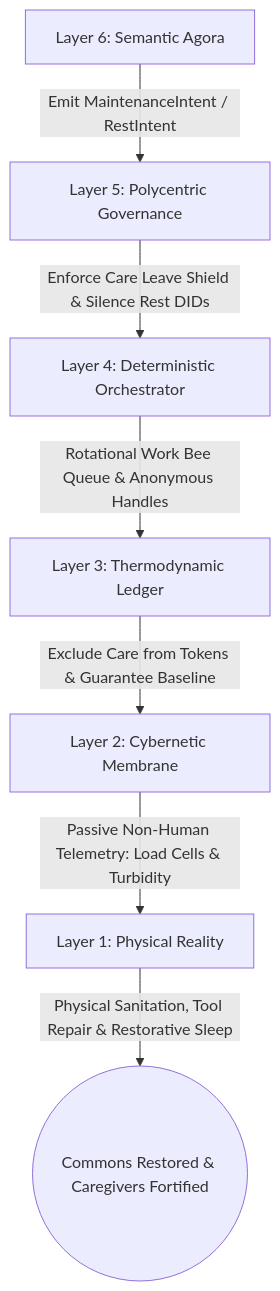
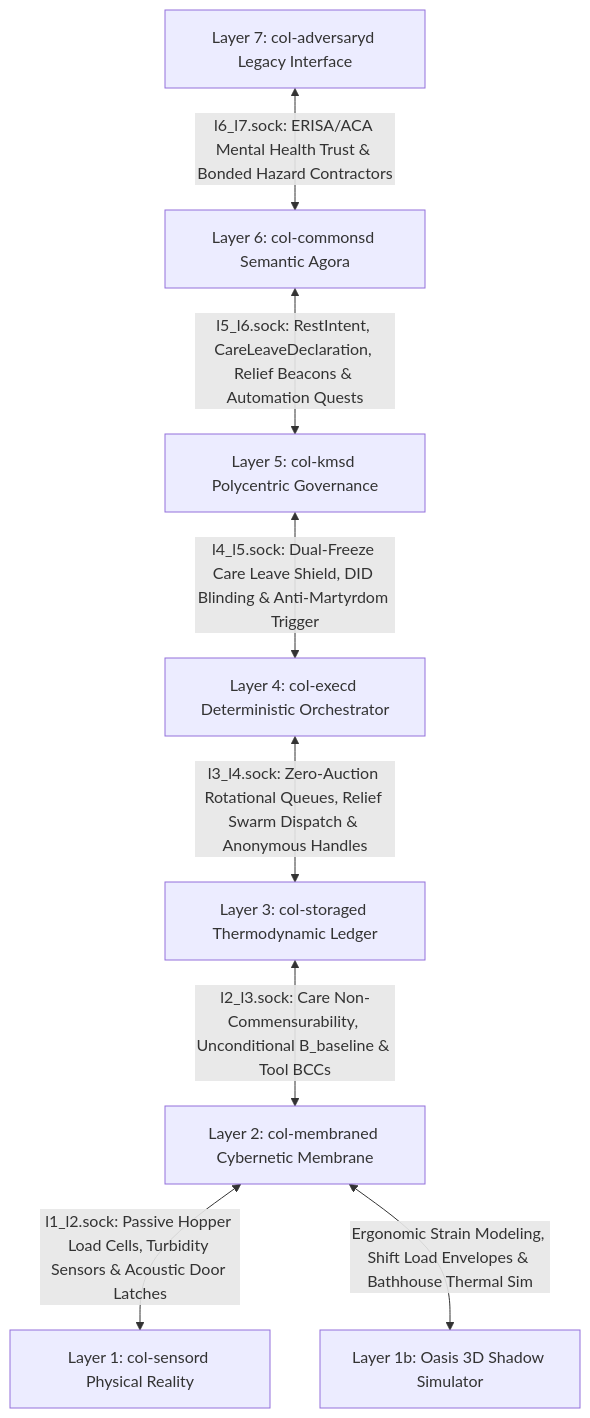
One commit to raffaine/collective changed the second of 3 diagrams in docs/scenarios/sigma_burnout.md. Above: the diagram before and after it, drawn with Mermaid. The commit also changed other lines of this file and 33 other files, not shown here.

Commit message:
feat(v3.1): Scenario Zero self-hosting daemons, dual-fidelity blueprints, and clean-slate scenario infrastructure

````diff
--- a/docs/scenarios/sigma_burnout.md
+++ b/docs/scenarios/sigma_burnout.md
@@ -45,9 +90,10 @@
 ```mermaid
 graph TD
-    L6[Layer 6: Semantic Agora] -->|Emit MaintenanceIntent / RestIntent| L5[Layer 5: Polycentric Governance]
-    L5 -->|Enforce Care Leave Shield & Silence Rest DIDs| L4[Layer 4: Deterministic Orchestrator]
-    L4 -->|Rotational Work Bee Queue & Anonymous Handles| L3[Layer 3: Thermodynamic Ledger]
-    L3 -->|Exclude Care from Tokens & Guarantee Baseline| L2[Layer 2: Cybernetic Membrane]
-    L2 -->|Passive Non-Human Telemetry: Load Cells & Turbidity| L1[Layer 1: Physical Reality]
-    L1 -->|Physical Sanitation, Tool Repair & Restorative Sleep| End((Commons Restored & Caregivers Fortified))
+    L7[Layer 7: col-adversaryd Legacy Interface] <-->|l6_l7.sock: ERISA/ACA Mental Health Trust & Bonded Hazard Contractors| L6[Layer 6: col-commonsd Semantic Agora]
+    L6 <-->|l5_l6.sock: RestIntent, CareLeaveDeclaration, Relief Beacons & Automation Quests| L5[Layer 5: col-kmsd Polycentric Governance]
+    L5 <-->|l4_l5.sock: Dual-Freeze Care Leave Shield, DID Blinding & Anti-Martyrdom Trigger| L4[Layer 4: col-execd Deterministic Orchestrator]
+    L4 <-->|l3_l4.sock: Zero-Auction Rotational Queues, Relief Swarm Dispatch & Anonymous Handles| L3[Layer 3: col-storaged Thermodynamic Ledger]
+    L3 <-->|l2_l3.sock: Care Non-Commensurability, Unconditional B_baseline & Tool BCCs| L2[Layer 2: col-membraned Cybernetic Membrane]
+    L2 <-->|l1_l2.sock: Passive Hopper Load Cells, Turbidity Sensors & Acoustic Door Latches| L1[Layer 1: col-sensord Physical Reality]
+    L2 <-->|Ergonomic Strain Modeling, Shift Load Envelopes & Bathhouse Thermal Sim| L1b[Layer 1b: Oasis 3D Shadow Simulator]
 ```
````
